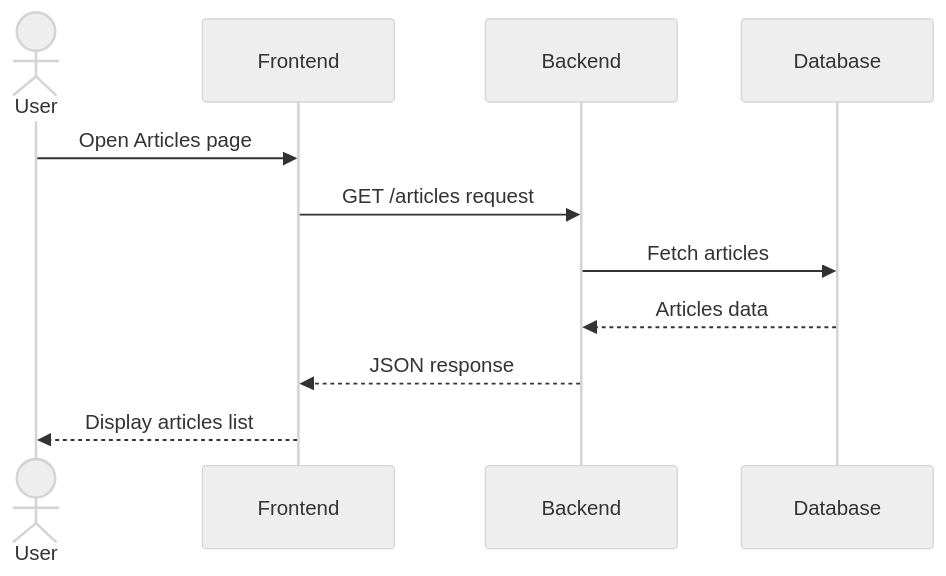
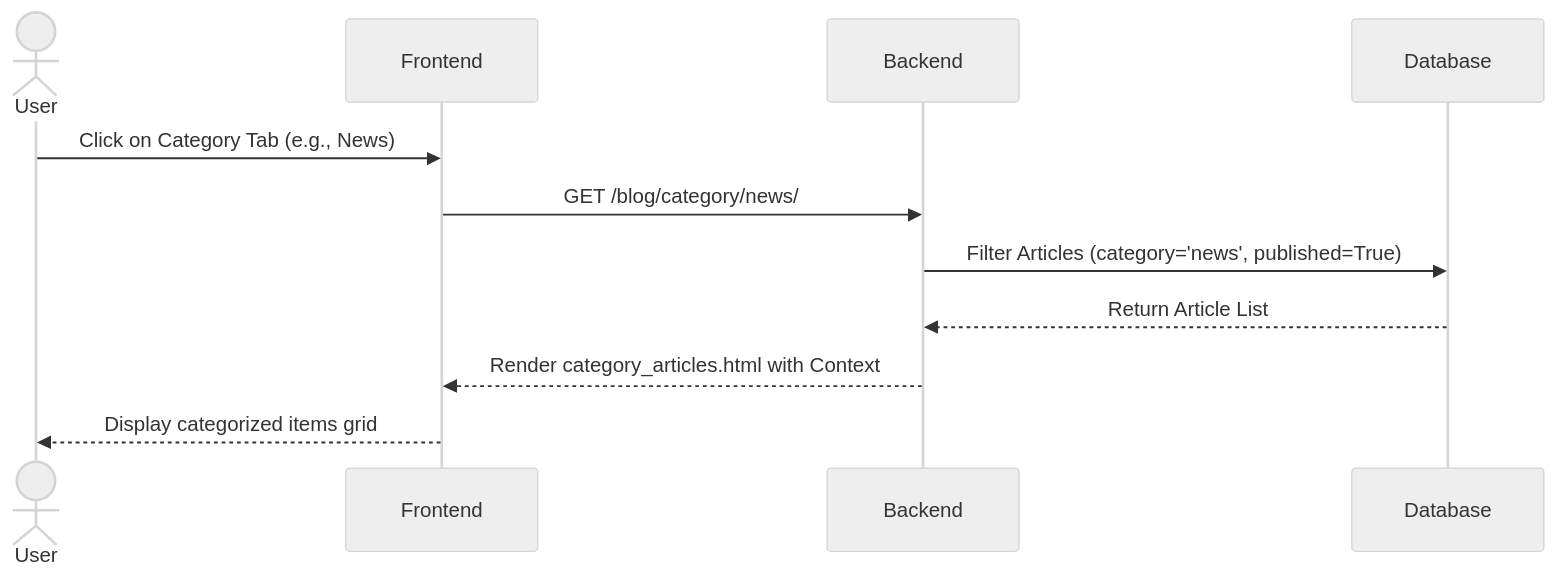
The fourth of 5 diagrams in README.md (Gigi-Corlay/portfolioLionessMagazine), drawn with Mermaid (neutral theme) before and after one commit. The commit also changed other lines of this file and 3 other files, not shown here.

````diff
--- a/README.md
+++ b/README.md
@@ -162,18 +163,14 @@
 ```mermaid
-sequenceDiagram
+    sequenceDiagram
+    actor User
+    participant Frontend
+    participant Backend
+    participant Database
 
-actor User
-participant Frontend
-participant Backend
-participant Database
-
-User->>Frontend: Open Articles page
-
-Frontend->>Backend: GET /articles request
-
-Backend->>Database: Fetch articles
-Database-->>Backend: Articles data
-
-Backend-->>Frontend: JSON response
-Frontend-->>User: Display articles list
+    User->>Frontend: Click on Category Tab (e.g., News)
+    Frontend->>Backend: GET /blog/category/news/
+    Backend->>Database: Filter Articles (category='news', published=True)
+    Database-->>Backend: Return Article List
+    Backend-->>Frontend: Render category_articles.html with Context
+    Frontend-->>User: Display categorized items grid
 ```
````
